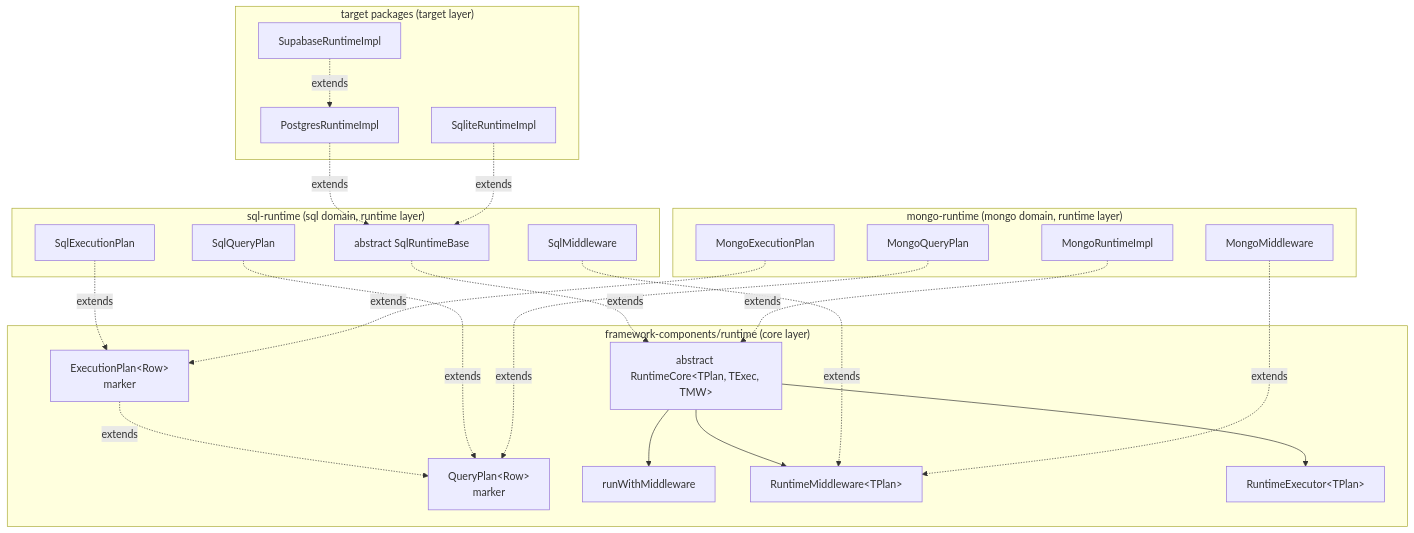
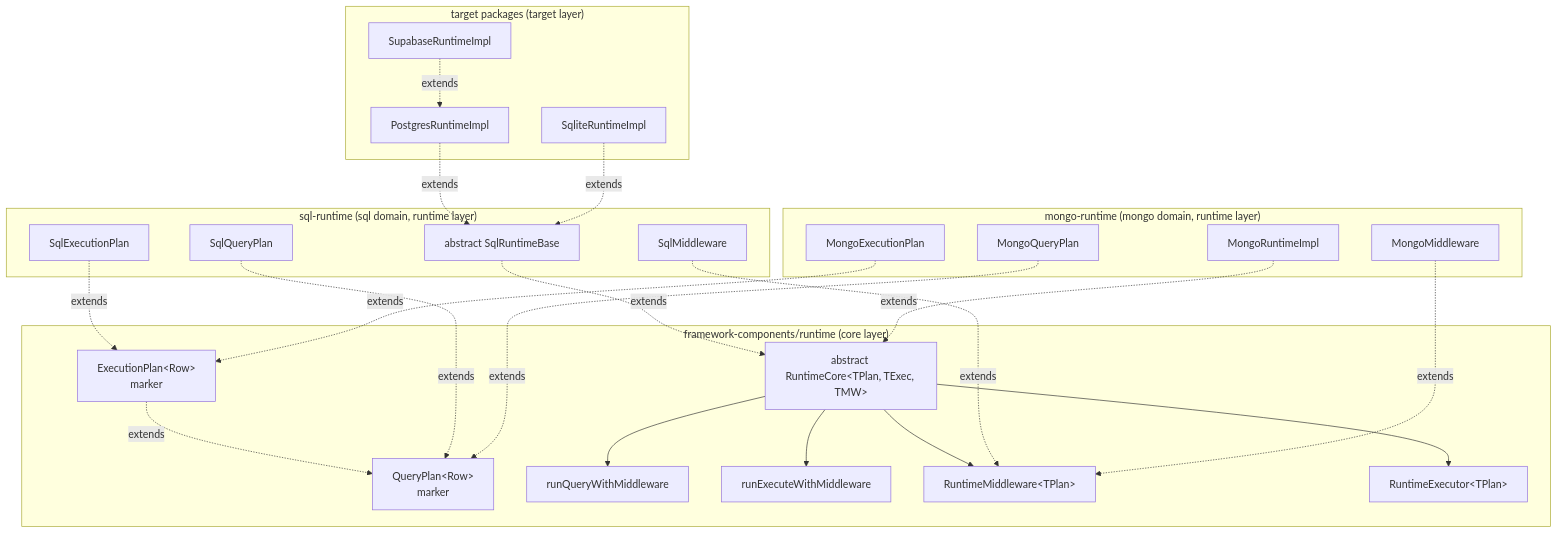
Before and after one commit to prisma/prisma: the first of 3 diagrams in docs/architecture docs/subsystems/4. Runtime & Middleware Framework.md, drawn with Mermaid. The commit also changed other lines of this file and 6 other files, not shown here.

````diff
--- a/docs/architecture docs/subsystems/4. Runtime & Middleware Framework.md
+++ b/docs/architecture docs/subsystems/4. Runtime & Middleware Framework.md
@@ -31,46 +31,48 @@
 ```mermaid
 flowchart TB
   subgraph framework["framework-components/runtime (core layer)"]
     QP[QueryPlan&lt;Row&gt;<br/>marker]
     EP[ExecutionPlan&lt;Row&gt;<br/>marker]
     EP -.extends.-> QP
     Core[abstract RuntimeCore&lt;TPlan, TExec, TMW&gt;]
-    Helper[runWithMiddleware]
+    QueryHelper[runQueryWithMiddleware]
+    ExecHelper[runExecuteWithMiddleware]
     MW[RuntimeMiddleware&lt;TPlan&gt;]
     Exec[RuntimeExecutor&lt;TPlan&gt;]
-    Core --> Helper
+    Core --> QueryHelper
+    Core --> ExecHelper
     Core --> MW
     Core --> Exec
   end
 
   subgraph sql["sql-runtime (sql domain, runtime layer)"]
     SQP[SqlQueryPlan]
     SEP[SqlExecutionPlan]
     SR[abstract SqlRuntimeBase]
     SMW[SqlMiddleware]
     SQP -.extends.-> QP
     SEP -.extends.-> EP
     SR -.extends.-> Core
     SMW -.extends.-> MW
   end
 
   subgraph mongo["mongo-runtime (mongo domain, runtime layer)"]
     MQP[MongoQueryPlan]
     MEP[MongoExecutionPlan]
     MR[MongoRuntimeImpl]
     MMW[MongoMiddleware]
     MQP -.extends.-> QP
     MEP -.extends.-> EP
     MR -.extends.-> Core
     MMW -.extends.-> MW
   end
 
   subgraph targets["target packages (target layer)"]
     PR[PostgresRuntimeImpl]
     SLR[SqliteRuntimeImpl]
     SupR[SupabaseRuntimeImpl]
     PR -.extends.-> SR
     SLR -.extends.-> SR
     SupR -.extends.-> PR
   end
 ```
````
